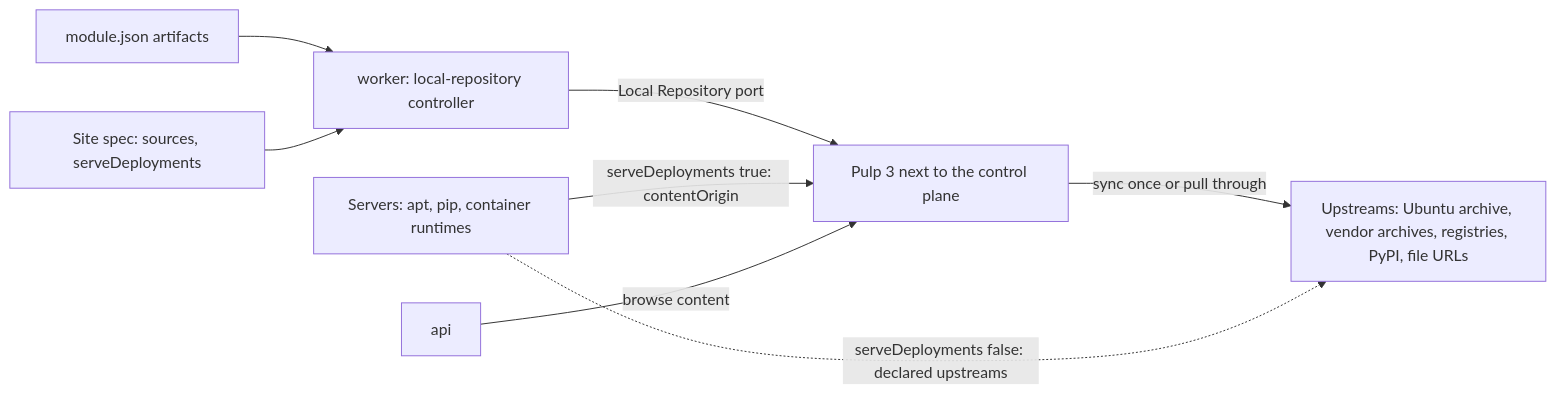
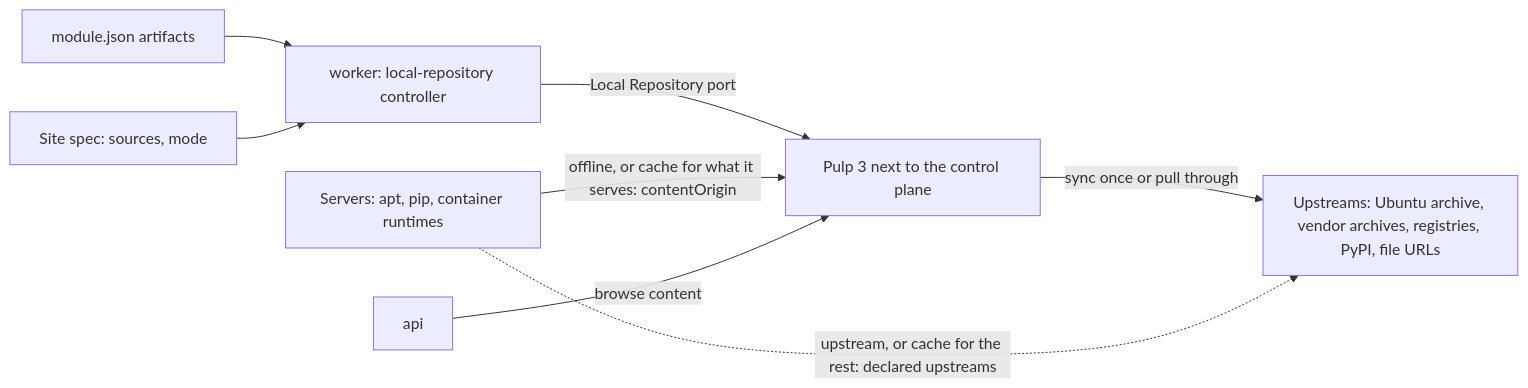
Before and after one commit to maple52046/swallow: the diagram in docs/development/local-repository.md, drawn with Mermaid. The commit also changed other lines of this file and 82 other files, not shown here.

````diff
--- a/docs/development/local-repository.md
+++ b/docs/development/local-repository.md
@@ -40,10 +41,10 @@
 ```mermaid
 flowchart LR
   decl["module.json artifacts"] --> ctrl
-  spec["Site spec: sources, serveDeployments"] --> ctrl
+  spec["Site spec: sources, mode"] --> ctrl
   ctrl["worker: local-repository controller"] -->|"Local Repository port"| pulp["Pulp 3 next to the control plane"]
   pulp -->|"sync once or pull through"| up["Upstreams: Ubuntu archive, vendor archives, registries, PyPI, file URLs"]
-  hosts["Servers: apt, pip, container runtimes"] -->|"serveDeployments true: contentOrigin"| pulp
-  hosts -.->|"serveDeployments false: declared upstreams"| up
+  hosts["Servers: apt, pip, container runtimes"] -->|"offline, or cache for what it serves: contentOrigin"| pulp
+  hosts -.->|"upstream, or cache for the rest: declared upstreams"| up
   api["api"] -->|"browse content"| pulp
 ```
````
